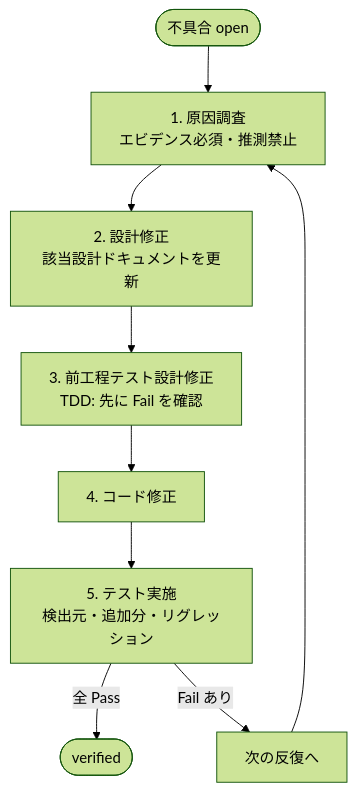
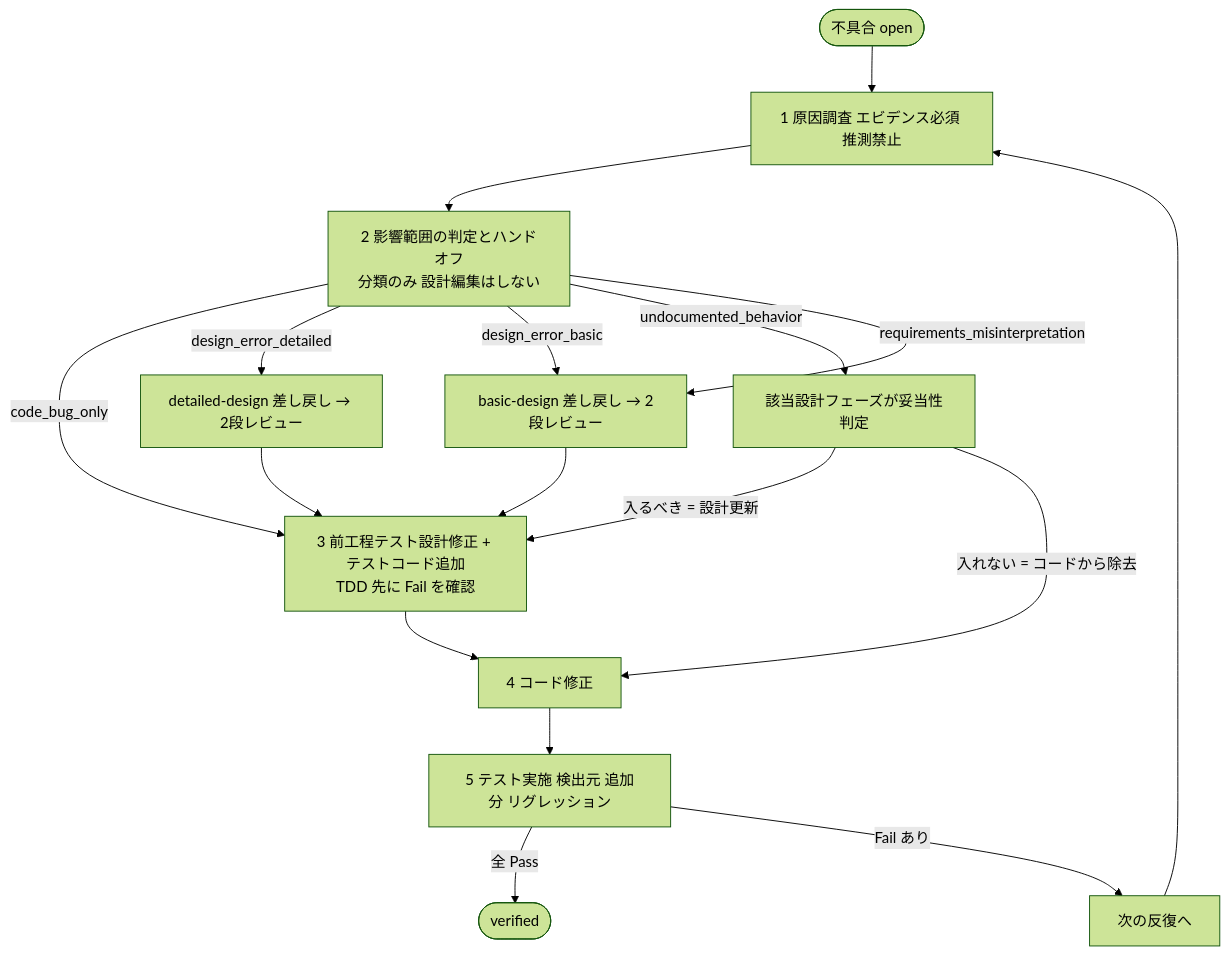
Before and after one commit to yamasuki-/software_dev_workflow: the diagram in skills/bug-fix/SKILL.md, drawn with Mermaid (forest theme). The commit also changed other lines of this file and 8 other files, not shown here.

````diff
--- a/skills/bug-fix/SKILL.md
+++ b/skills/bug-fix/SKILL.md
@@ -24,12 +24,21 @@
 ```mermaid
 flowchart TD
     Start([不具合 open]) --> S1
-    S1[1. 原因調査<br/>エビデンス必須・推測禁止] --> S2
-    S2[2. 設計修正<br/>該当設計ドキュメントを更新] --> S3
-    S3[3. 前工程テスト設計修正<br/>TDD: 先に Fail を確認] --> S4
-    S4[4. コード修正] --> S5
-    S5[5. テスト実施<br/>検出元・追加分・リグレッション]
+    S1[1 原因調査 エビデンス必須 推測禁止] --> S2
+    S2[2 影響範囲の判定とハンドオフ<br/>分類のみ 設計編集はしない]
+    S2 -->|code_bug_only| S3
+    S2 -->|design_error_detailed| HOdetailed[detailed-design 差し戻し → 2段レビュー]
+    S2 -->|design_error_basic| HObasic[basic-design 差し戻し → 2段レビュー]
+    S2 -->|undocumented_behavior| HOcheck[該当設計フェーズが妥当性判定]
+    S2 -->|requirements_misinterpretation| HObasic
+    HOdetailed --> S3
+    HObasic --> S3
+    HOcheck -->|入るべき = 設計更新| S3
+    HOcheck -->|入れない = コードから除去| S4
+    S3[3 前工程テスト設計修正 + テストコード追加<br/>TDD 先に Fail を確認] --> S4
+    S4[4 コード修正] --> S5
+    S5[5 テスト実施 検出元 追加分 リグレッション]
     S5 -->|全 Pass| Verified([verified])
     S5 -->|Fail あり| Loop[次の反復へ]
     Loop --> S1
 ```
````
